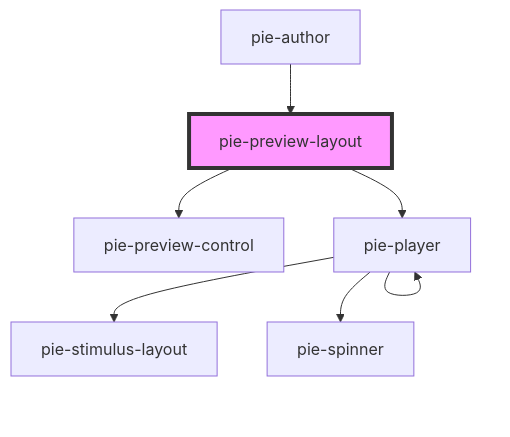
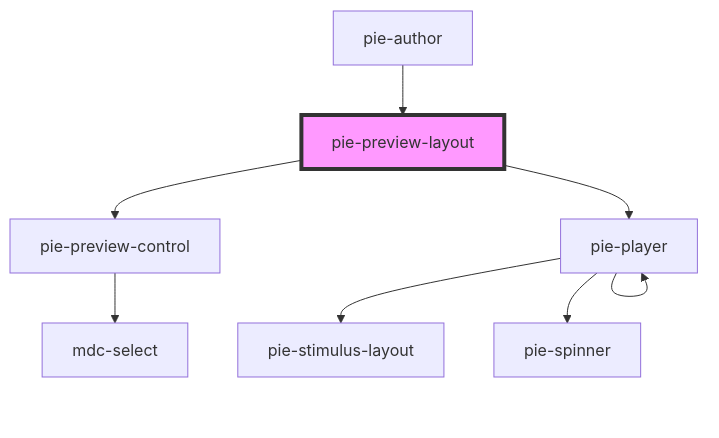
One commit to pie-framework/pie-player-components changed the diagram in docs/components/pie-preview-layout/readme.md. Above: the diagram before and after it, drawn with Mermaid. The commit also changed 6 other files, not shown here.

````diff
--- a/docs/components/pie-preview-layout/readme.md
+++ b/docs/components/pie-preview-layout/readme.md
@@ -27,10 +27,11 @@
 ```mermaid
 graph TD;
   pie-preview-layout --> pie-preview-control
   pie-preview-layout --> pie-player
+  pie-preview-control --> mdc-select
   pie-player --> pie-stimulus-layout
   pie-player --> pie-player
   pie-player --> pie-spinner
   pie-author --> pie-preview-layout
   style pie-preview-layout fill:#f9f,stroke:#333,stroke-width:4px
 ```
````
